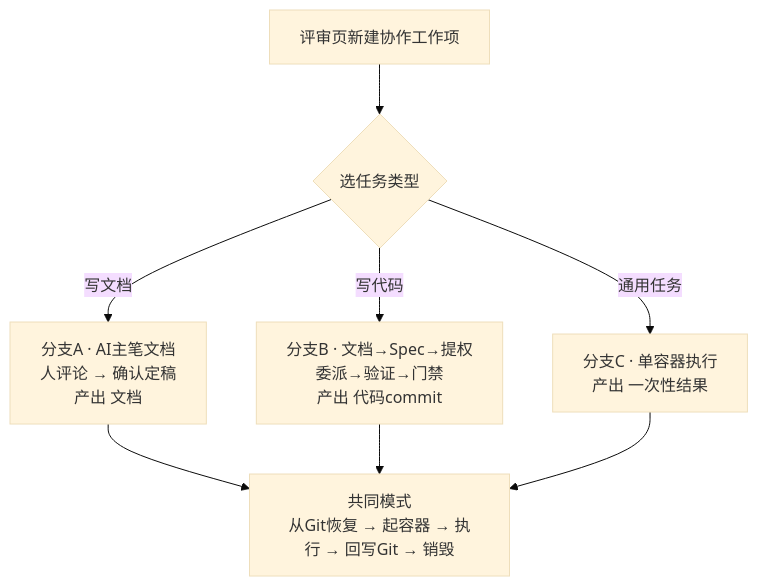
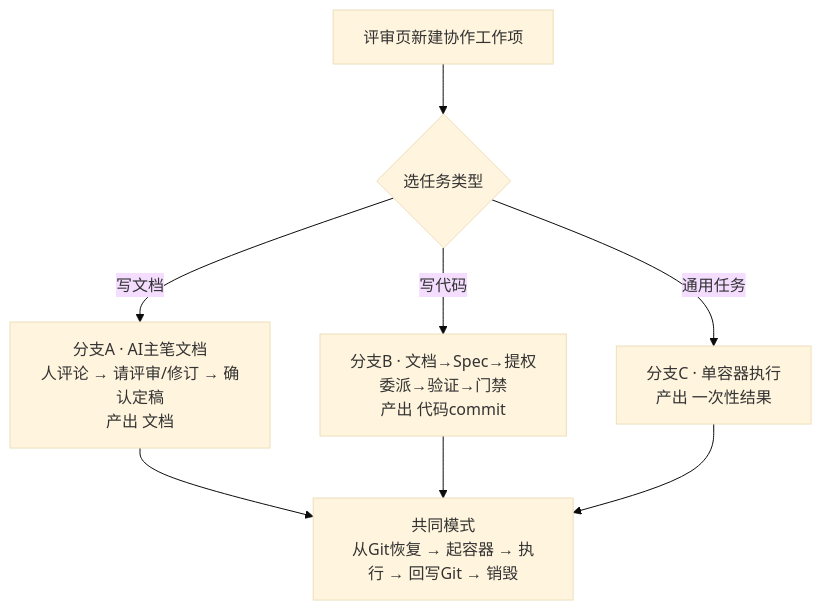
Before and after one commit to wonglaitung/opencode: the first of 4 diagrams in COLLECTIVE.md, drawn with Mermaid (base theme). The commit also changed other lines of this file, not shown here.

````diff
--- a/COLLECTIVE.md
+++ b/COLLECTIVE.md
@@ -121,10 +121,10 @@
 ```mermaid
 flowchart TB
     S["评审页新建协作工作项"] --> T{"选任务类型"}
-    T -->|"写文档"| A["分支A · AI主笔文档<br/>人评论 → 确认定稿<br/>产出 文档"]
+    T -->|"写文档"| A["分支A · AI主笔文档<br/>人评论 → 请评审/修订 → 确认定稿<br/>产出 文档"]
     T -->|"写代码"| B["分支B · 文档→Spec→提权<br/>委派→验证→门禁<br/>产出 代码commit"]
     T -->|"通用任务"| C["分支C · 单容器执行<br/>产出 一次性结果"]
     A --> D["共同模式<br/>从Git恢复 → 起容器 → 执行 → 回写Git → 销毁"]
     B --> D
     C --> D
 ```
````
